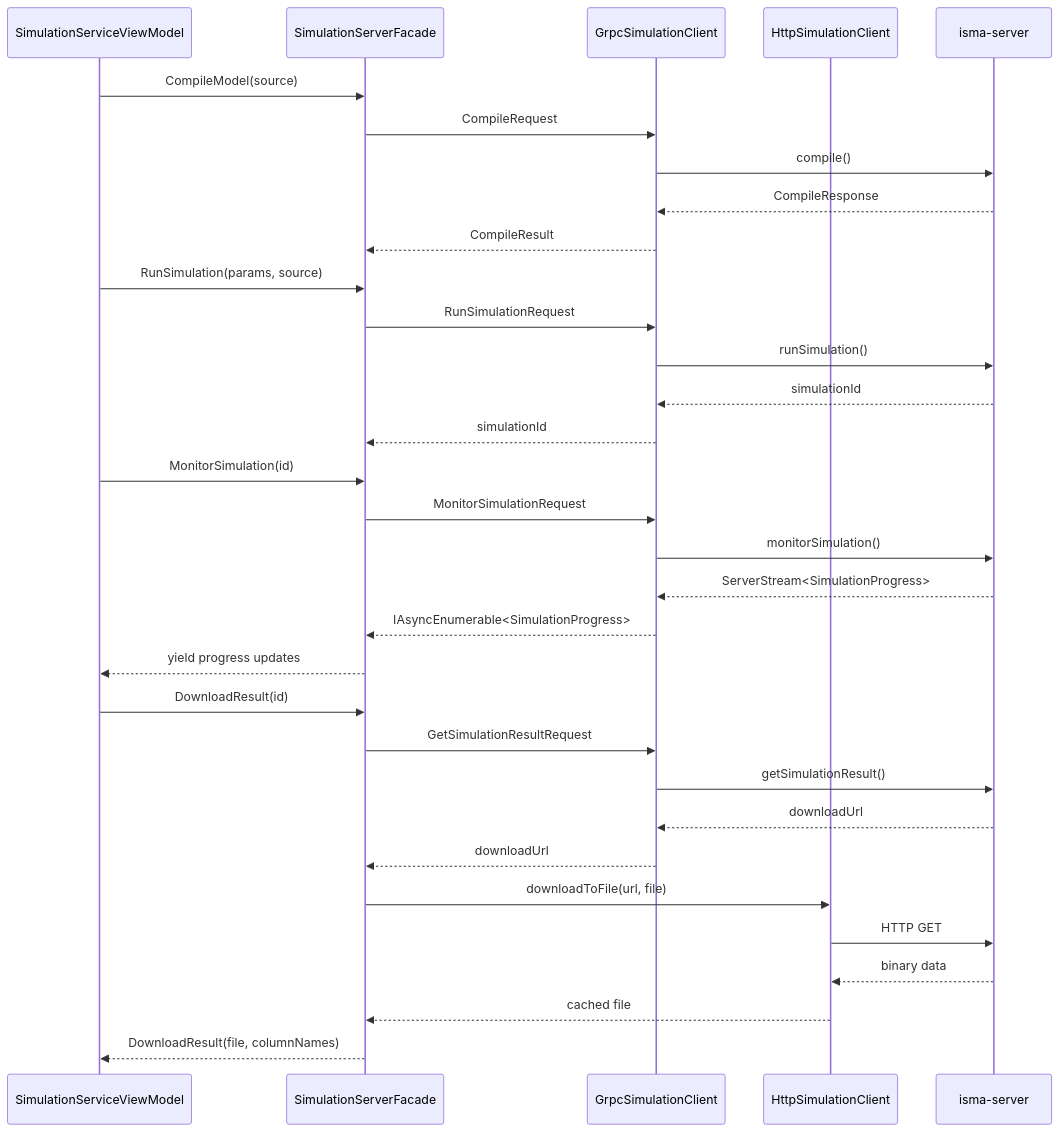
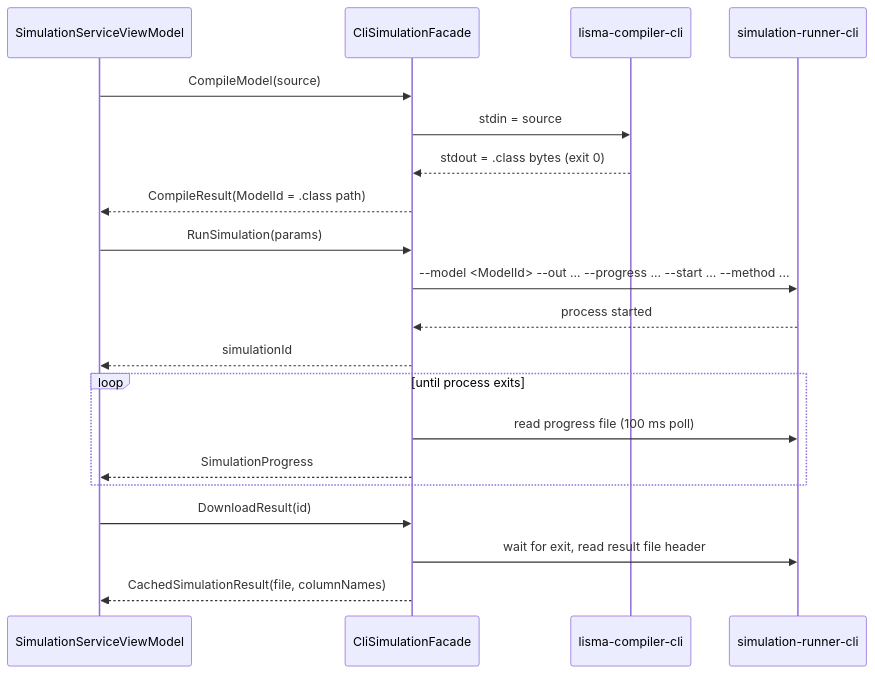
One commit to SmallBossGames/isma-ui-avalonia changed the diagram in docs/features/03-external-services.md. Above: the diagram before and after it, drawn with Mermaid. The commit also changed other lines of this file and 39 other files, not shown here.

````diff
--- a/docs/features/03-external-services.md
+++ b/docs/features/03-external-services.md
@@ -162,39 +116,26 @@
 ```mermaid
 sequenceDiagram
     participant UI as SimulationServiceViewModel
-    participant Facade as SimulationServerFacade
-    participant Grpc as GrpcSimulationClient
-    participant Http as HttpSimulationClient
-    participant Server as isma-server
+    participant Facade as CliSimulationFacade
+    participant Comp as lisma-compiler-cli
+    participant Run as simulation-runner-cli
 
     UI->>Facade: CompileModel(source)
-    Facade->>Grpc: CompileRequest
-    Grpc->>Server: compile()
-    Server-->>Grpc: CompileResponse
-    Grpc-->>Facade: CompileResult
+    Facade->>Comp: stdin = source
+    Comp-->>Facade: stdout = .class bytes (exit 0)
+    Facade-->>UI: CompileResult(ModelId = .class path)
 
-    UI->>Facade: RunSimulation(params, source)
-    Facade->>Grpc: RunSimulationRequest
-    Grpc->>Server: runSimulation()
-    Server-->>Grpc: simulationId
-    Grpc-->>Facade: simulationId
+    UI->>Facade: RunSimulation(params)
+    Facade->>Run: --model <ModelId> --out ... --progress ... --start ... --method ...
+    Run-->>Facade: process started
+    Facade-->>UI: simulationId
 
-    UI->>Facade: MonitorSimulation(id)
-    Facade->>Grpc: MonitorSimulationRequest
-    Grpc->>Server: monitorSimulation()
-    Server-->>Grpc: ServerStream<SimulationProgress>
-    Grpc-->>Facade: IAsyncEnumerable<SimulationProgress>
-    Facade-->>UI: yield progress updates
+    loop until process exits
+        Facade->>Run: read progress file (100 ms poll)
+        Facade-->>UI: SimulationProgress
+    end
 
     UI->>Facade: DownloadResult(id)
-    Facade->>Grpc: GetSimulationResultRequest
-    Grpc->>Server: getSimulationResult()
-    Server-->>Grpc: downloadUrl
-    Grpc-->>Facade: downloadUrl
-    Facade->>Http: downloadToFile(url, file)
-    Http->>Server: HTTP GET
-    Server-->>Http: binary data
-    Http-->>Facade: cached file
-
-    Facade-->>UI: DownloadResult(file, columnNames)
+    Facade->>Run: wait for exit, read result file header
+    Facade-->>UI: CachedSimulationResult(file, columnNames)
 ```
````
